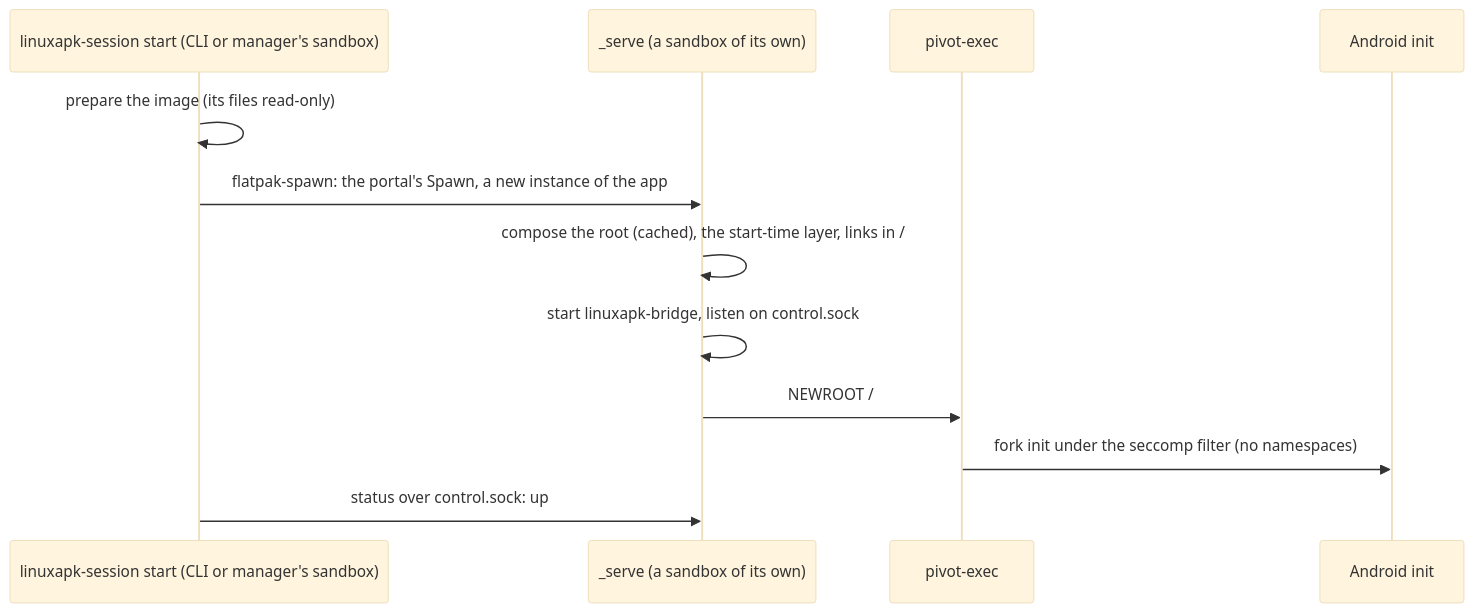
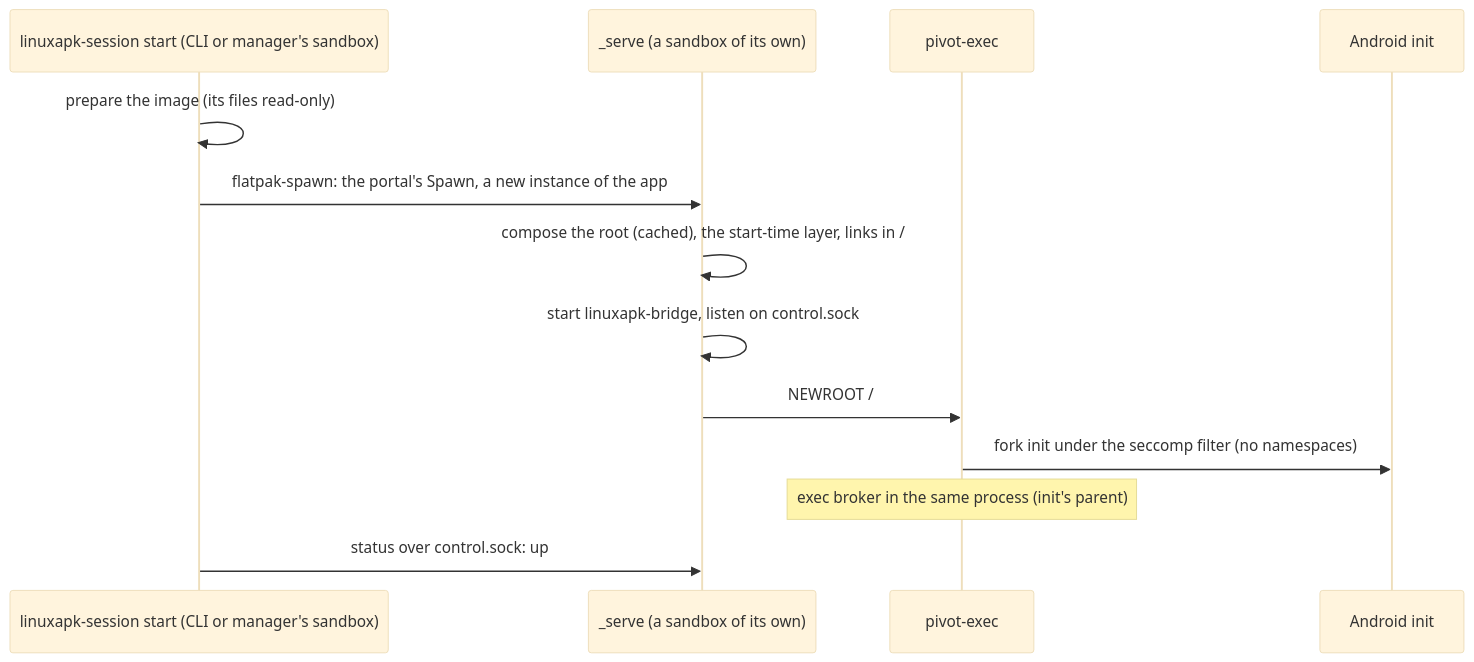
The first of 3 diagrams in docs/session.md (sargunv/innkeeper), drawn with Mermaid (base theme) before and after one commit. The commit also changed 12 other files, not shown here.

````diff
--- a/docs/session.md
+++ b/docs/session.md
@@ -19,14 +19,15 @@
 ```mermaid
 sequenceDiagram
   participant C as linuxapk-session start (CLI or manager's sandbox)
   participant S as _serve (a sandbox of its own)
   participant P as pivot-exec
   participant I as Android init
   C->>C: prepare the image (its files read-only)
   C->>S: flatpak-spawn: the portal's Spawn, a new instance of the app
   S->>S: compose the root (cached), the start-time layer, links in /
   S->>S: start linuxapk-bridge, listen on control.sock
   S->>P: NEWROOT /
   P->>I: fork init under the seccomp filter (no namespaces)
+  Note over P: exec broker in the same process (init's parent)
   C->>S: status over control.sock: up
 ```
````
